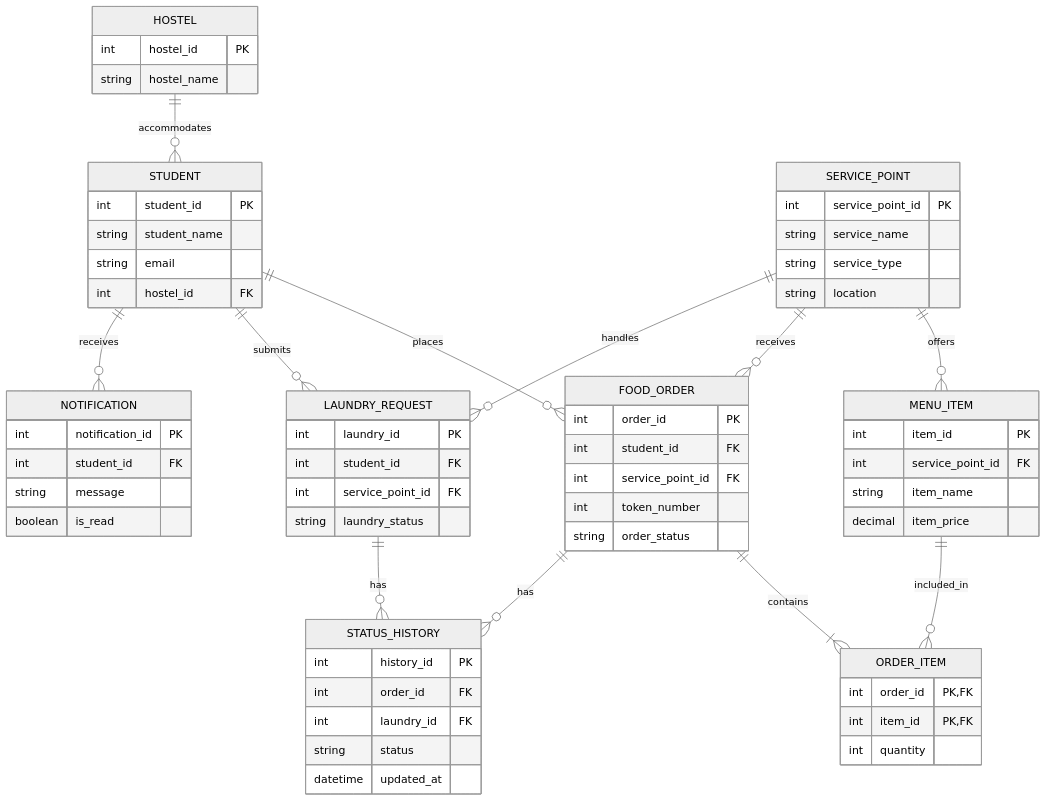
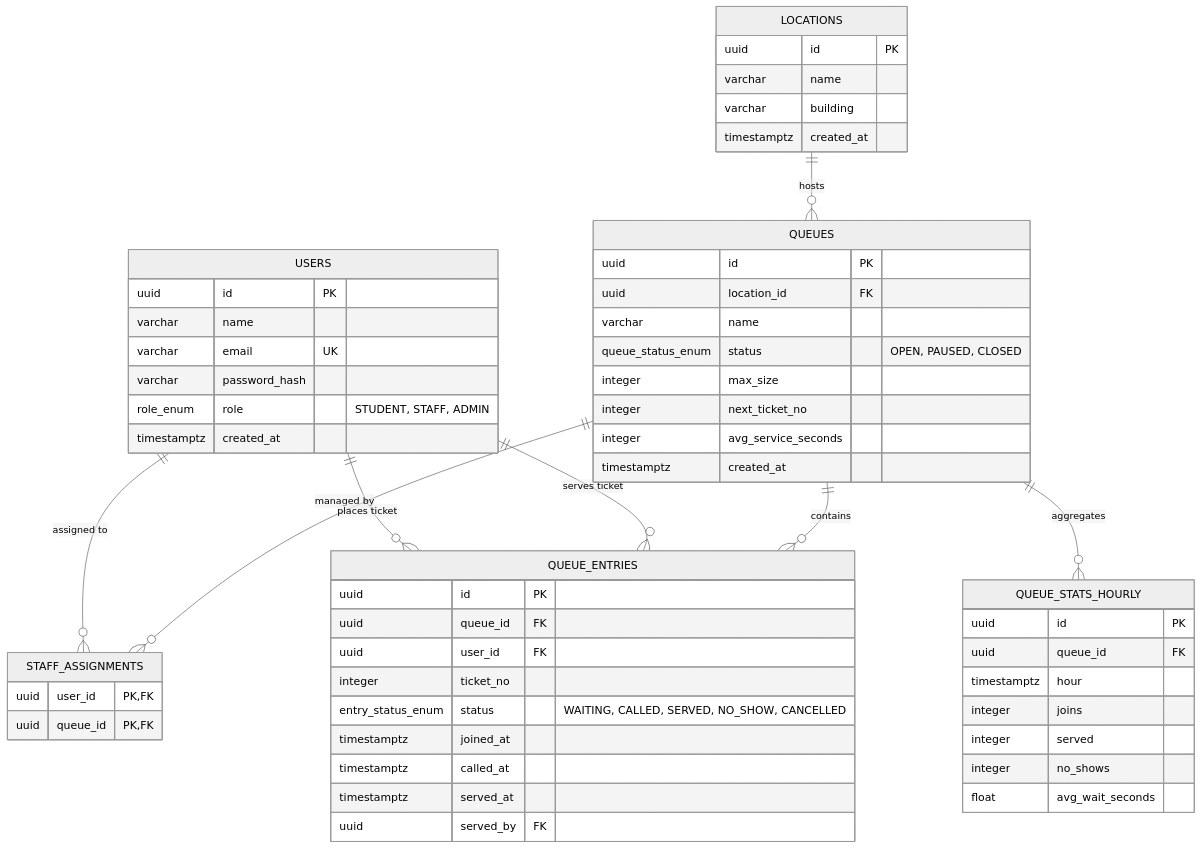
Before and after one commit to Yatharth-26/QueueBee_AP_2026: the diagram in dbms/02_er_diagram.mmd, drawn with Mermaid (neutral theme). The commit also changed 3 other files, not shown here.

Commit message:
feat: complete AP CP2 ER diagram and PostgreSQL schema

```diff
--- a/dbms/02_er_diagram.mmd
+++ b/dbms/02_er_diagram.mmd
@@ -1,77 +1,62 @@
 erDiagram
-    HOSTEL ||--o{ STUDENT : accommodates
-    STUDENT ||--o{ FOOD_ORDER : places
-    STUDENT ||--o{ LAUNDRY_REQUEST : submits
-    STUDENT ||--o{ NOTIFICATION : receives
+    LOCATIONS ||--o{ QUEUES : "hosts"
+    USERS ||--o{ STAFF_ASSIGNMENTS : "assigned to"
+    QUEUES ||--o{ STAFF_ASSIGNMENTS : "managed by"
+    USERS ||--o{ QUEUE_ENTRIES : "places ticket"
+    USERS ||--o{ QUEUE_ENTRIES : "serves ticket"
+    QUEUES ||--o{ QUEUE_ENTRIES : "contains"
+    QUEUES ||--o{ QUEUE_STATS_HOURLY : "aggregates"
 
-    SERVICE_POINT ||--o{ MENU_ITEM : offers
-    SERVICE_POINT ||--o{ FOOD_ORDER : receives
-    SERVICE_POINT ||--o{ LAUNDRY_REQUEST : handles
-
-    FOOD_ORDER ||--|{ ORDER_ITEM : contains
-    MENU_ITEM ||--o{ ORDER_ITEM : included_in
-
-    FOOD_ORDER ||--o{ STATUS_HISTORY : has
-    LAUNDRY_REQUEST ||--o{ STATUS_HISTORY : has
-
-    HOSTEL {
-        int hostel_id PK
-        string hostel_name
+    USERS {
+        uuid id PK
+        varchar name
+        varchar email UK
+        varchar password_hash
+        role_enum role "STUDENT, STAFF, ADMIN"
+        timestamptz created_at
     }
 
-    STUDENT {
-        int student_id PK
-        string student_name
-        string email
-        int hostel_id FK
+    LOCATIONS {
+        uuid id PK
+        varchar name
+        varchar building
+        timestamptz created_at
     }
 
-    SERVICE_POINT {
-        int service_point_id PK
-        string service_name
-        string service_type
-        string location
+    QUEUES {
+        uuid id PK
+        uuid location_id FK
+        varchar name
+        queue_status_enum status "OPEN, PAUSED, CLOSED"
+        integer max_size
+        integer next_ticket_no
+        integer avg_service_seconds
+        timestamptz created_at
     }
 
-    MENU_ITEM {
-        int item_id PK
-        int service_point_id FK
-        string item_name
-        decimal item_price
+    STAFF_ASSIGNMENTS {
+        uuid user_id PK,FK
+        uuid queue_id PK,FK
     }
 
-    FOOD_ORDER {
-        int order_id PK
-        int student_id FK
-        int service_point_id FK
-        int token_number
-        string order_status
+    QUEUE_ENTRIES {
+        uuid id PK
+        uuid queue_id FK
+        uuid user_id FK
+        integer ticket_no
+        entry_status_enum status "WAITING, CALLED, SERVED, NO_SHOW, CANCELLED"
+        timestamptz joined_at
+        timestamptz called_at
+        timestamptz served_at
+        uuid served_by FK
     }
 
-    ORDER_ITEM {
-        int order_id PK, FK
-        int item_id PK, FK
-        int quantity
+    QUEUE_STATS_HOURLY {
+        uuid id PK
+        uuid queue_id FK
+        timestamptz hour
+        integer joins
+        integer served
+        integer no_shows
+        float avg_wait_seconds
     }
-
-    LAUNDRY_REQUEST {
-        int laundry_id PK
-        int student_id FK
-        int service_point_id FK
-        string laundry_status
-    }
-
-    STATUS_HISTORY {
-        int history_id PK
-        int order_id FK
-        int laundry_id FK
-        string status
-        datetime updated_at
-    }
-
-    NOTIFICATION {
-        int notification_id PK
-        int student_id FK
-        string message
-        boolean is_read
-    }
```
